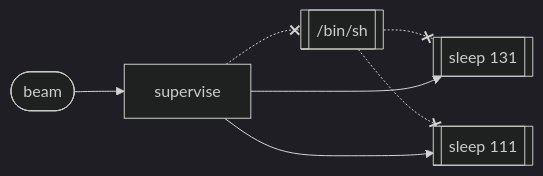
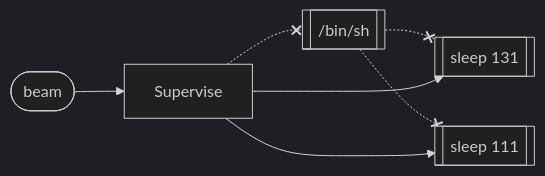
Before and after one commit to msantos/stdio: the fifth of 9 diagrams in README.md, drawn with Mermaid (dark theme). The commit also changed other lines of this file and 2 other files, not shown here.

````diff
--- a/README.md
+++ b/README.md
@@ -103,9 +103,9 @@
 ```mermaid
 graph LR
-    B([beam]) -->S[supervise]
+    B([beam]) -->S[Supervise]
     S -.-x I[[/bin/sh]]
     I -.-x C0[[sleep 131]]
     I -.-x C1[[sleep 111]]
     S --> C0
     S --> C1
 ```
````
